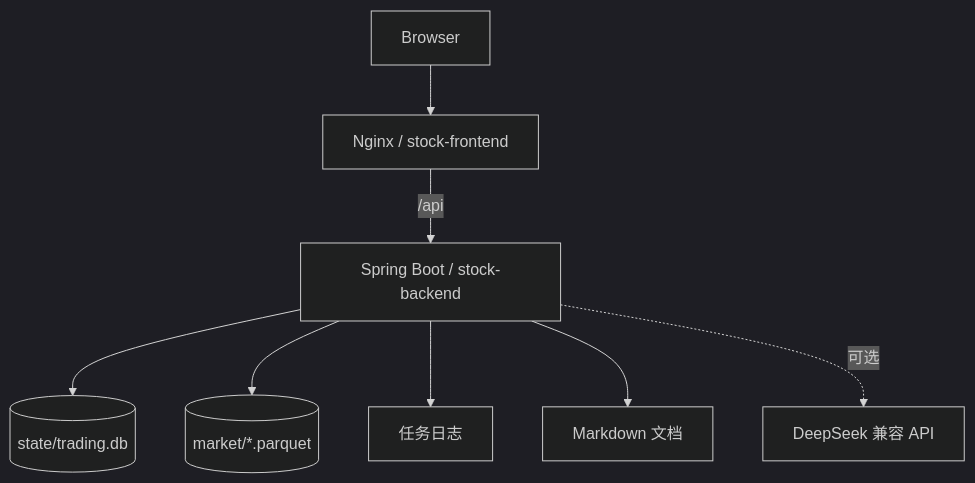
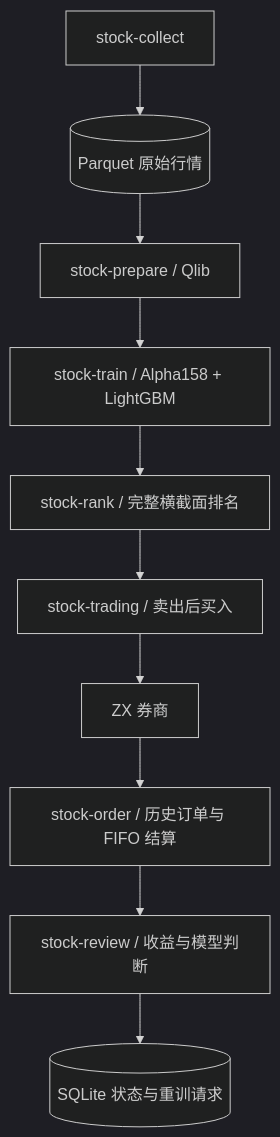
The diagram in documents/01-system/system-overview.md (mwangli/stock-trading), drawn with Mermaid (dark theme) before and after one commit. The commit also changed other lines of this file and 25 other files, not shown here.

````diff
--- a/documents/01-system/system-overview.md
+++ b/documents/01-system/system-overview.md
@@ -34,10 +38,12 @@
 ```mermaid
 flowchart TB
-  Browser --> N[Nginx / stock-frontend]
-  N -->|/api| J[Spring Boot / stock-backend]
-  J --> S[(state/trading.db)]
-  J --> P[(market/*.parquet)]
-  J --> L[任务日志]
-  J --> D[Markdown 文档]
-  J -.可选.-> DS[DeepSeek 兼容 API]
+  C[stock-collect] --> M[(Parquet 原始行情)]
+  M --> Q[stock-prepare / Qlib]
+  Q --> T[stock-train / Alpha158 + LightGBM]
+  T --> R[stock-rank / 完整横截面排名]
+  R --> X[stock-trading / 卖出后买入]
+  X --> ZX[ZX 券商]
+  ZX --> O[stock-order / 历史订单与 FIFO 结算]
+  O --> V[stock-review / 收益与模型判断]
+  V --> DB[(SQLite 状态与重训请求)]
 ```
````
